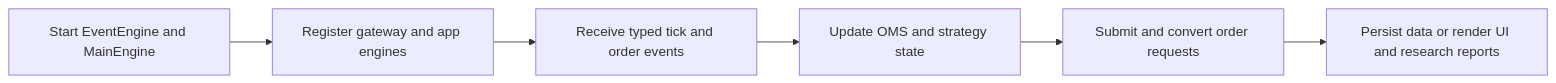
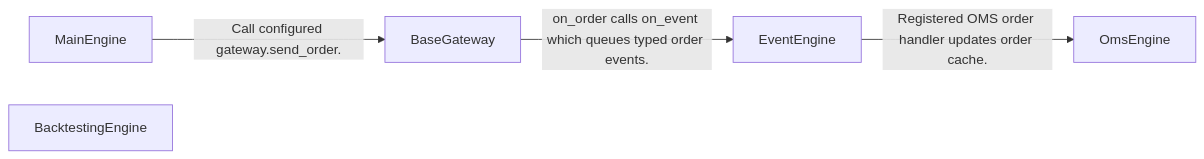
Before and after one commit to alexcwyu/vnpy: the first of 4 diagrams in docs/ayu-develop.md, drawn with Mermaid. The commit also changed other lines of this file and 13 other files, not shown here.

Commit message:
docs: standardize source-reviewed system guides and offline diagrams

````diff
--- a/docs/ayu-develop.md
+++ b/docs/ayu-develop.md
@@ -15,14 +67,11 @@
 ```mermaid
 flowchart LR
-    S0["Start EventEngine and MainEngine"]
-    S1["Register gateway and app engines"]
-    S0 --> S1
-    S2["Receive typed tick and order events"]
-    S1 --> S2
-    S3["Update OMS and strategy state"]
-    S2 --> S3
-    S4["Submit and convert order requests"]
-    S3 --> S4
-    S5["Persist data or render UI and research reports"]
-    S4 --> S5
+  N0["MainEngine"]
+  N1["EventEngine"]
+  N2["OmsEngine"]
+  N3["BaseGateway"]
+  N4["BacktestingEngine"]
+  N0 -->|"Call configured gateway.send_order."| N3
+  N3 -->|"on_order calls on_event which queues typed order events."| N1
+  N1 -->|"Registered OMS order handler updates order cache."| N2
 ```
````
